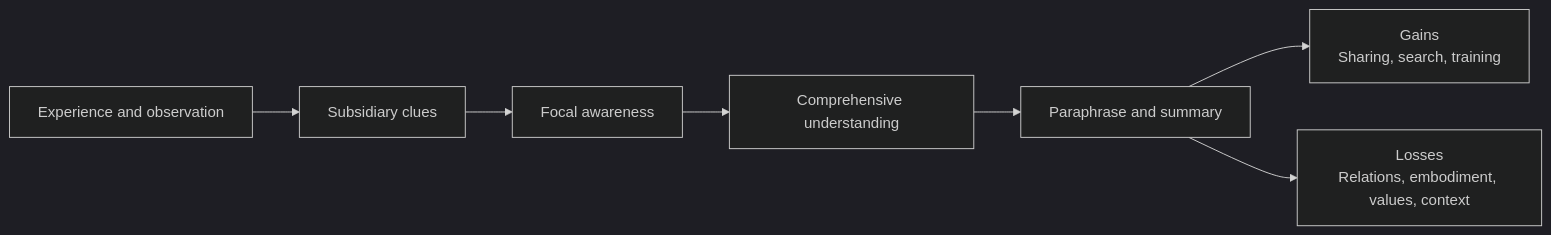
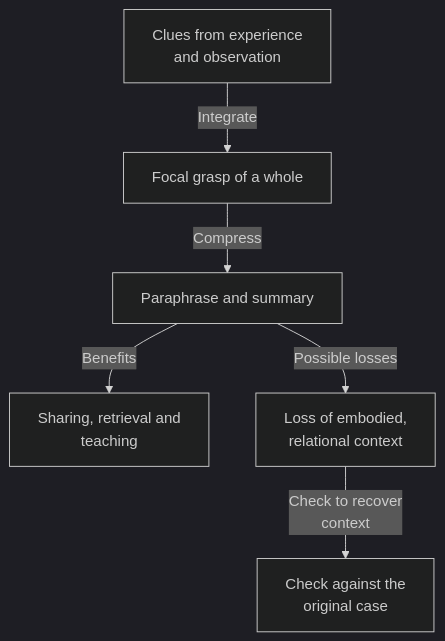
The first of 3 diagrams in articles/report/comprehensive-understanding-paraphrase-risk/en/index.mdx (daylight55/research), drawn with Mermaid (dark theme) before and after one commit. The commit also changed other lines of this file and 181 other files, not shown here.

First line of the commit message:
全記事の図解368点を再生成し、共通注意書きを削除 (#402)

````diff
--- a/articles/report/comprehensive-understanding-paraphrase-risk/en/index.mdx
+++ b/articles/report/comprehensive-understanding-paraphrase-risk/en/index.mdx
@@ -27,9 +27,16 @@
 ```mermaid
-flowchart LR
-  A["Experience and observation"] --> B["Subsidiary clues"]
-  B --> C["Focal awareness"]
-  C --> D["Comprehensive understanding"]
-  D --> E["Paraphrase and summary"]
-  E --> F["Gains<br/>Sharing, search, training"]
-  E --> G["Losses<br/>Relations, embodiment, values, context"]
+flowchart TD
+  accTitle: What remains when comprehensive understanding is summarized
+  accDescr: Compressing an integrated judgment makes it easier to share but can omit embodied and situational relationships.
+  N0["Clues from experience<br/>and observation"]
+  N1["Focal grasp of a whole"]
+  N2["Paraphrase and summary"]
+  N3["Sharing, retrieval and<br/>teaching"]
+  N4["Loss of embodied,<br/>relational context"]
+  N5["Check against the<br/>original case"]
+  N0 -->|Integrate| N1
+  N1 -->|Compress| N2
+  N2 -->|Benefits| N3
+  N2 -->|Possible losses| N4
+  N4 -->|Check to recover<br/>context| N5
 ```
````
